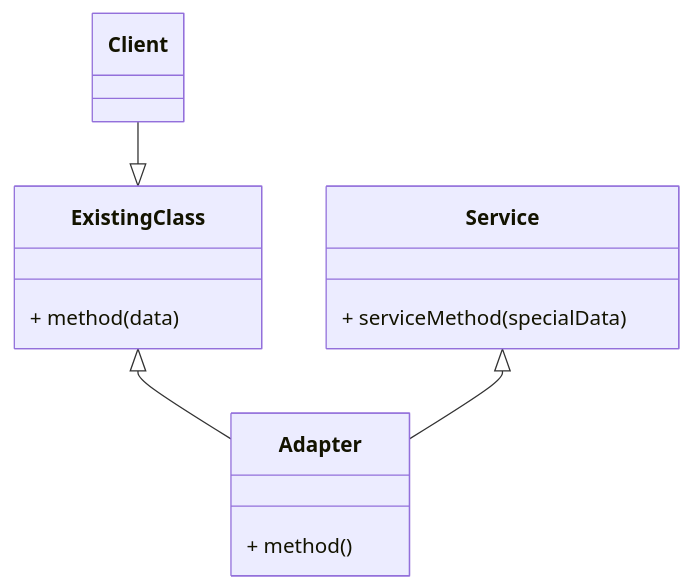
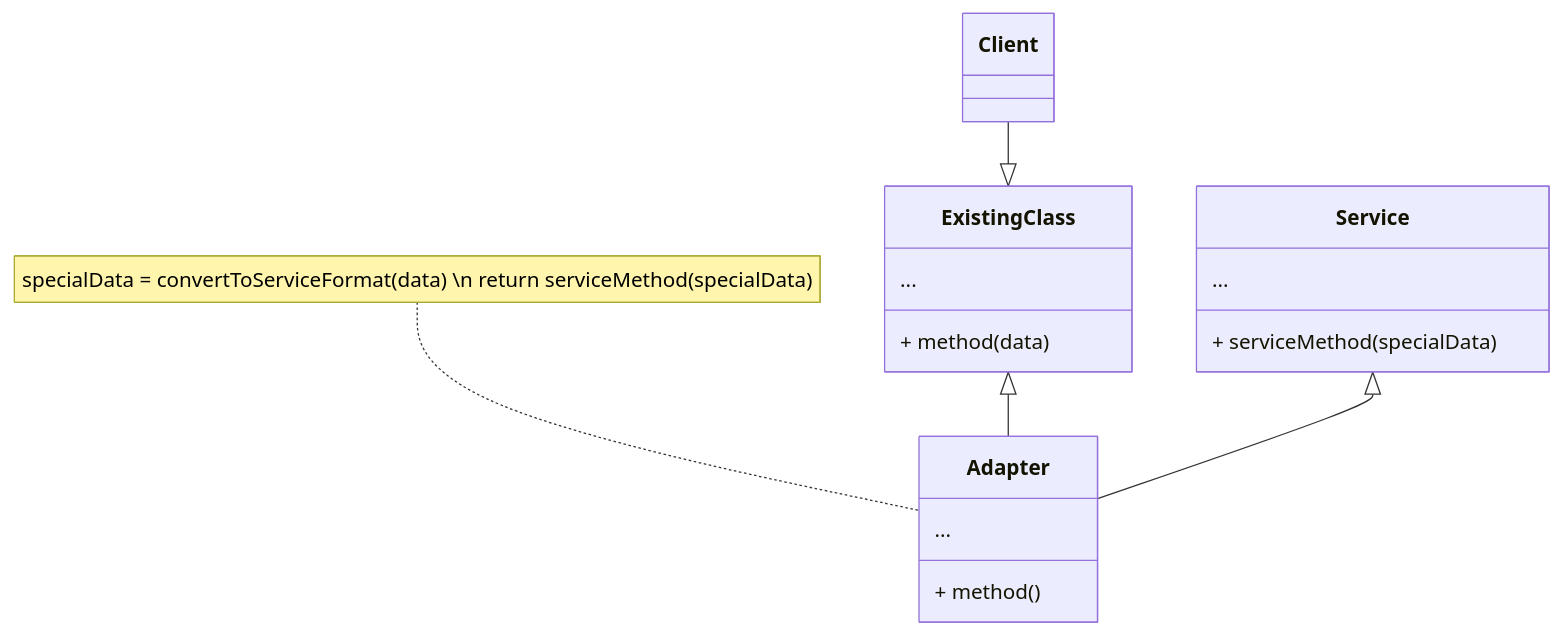
The second of 2 diagrams in structural/adapter/ADAPTER.md (tiagornandrade/design-pattern), drawn with Mermaid before and after one commit. The commit also changed other lines of this file, not shown here.

Commit message:
include adapter javascript

````diff
--- a/structural/adapter/ADAPTER.md
+++ b/structural/adapter/ADAPTER.md
@@ -22,21 +51,25 @@
 ```mermaid
 classDiagram
+    note for Adapter "specialData = convertToServiceFormat(data) \n return serviceMethod(specialData)"
     Client --|> Existing Class
     Existing Class <|-- Adapter 
     Service <|-- Adapter
 
     class Client {
 
     }
     class Existing Class {
+        ...
         + method(data)
     }
 
     class Service {
+        ...
         + serviceMethod(specialData)
     }
 
     class Adapter {
+        ...
         + method()
     }
 ```
````
